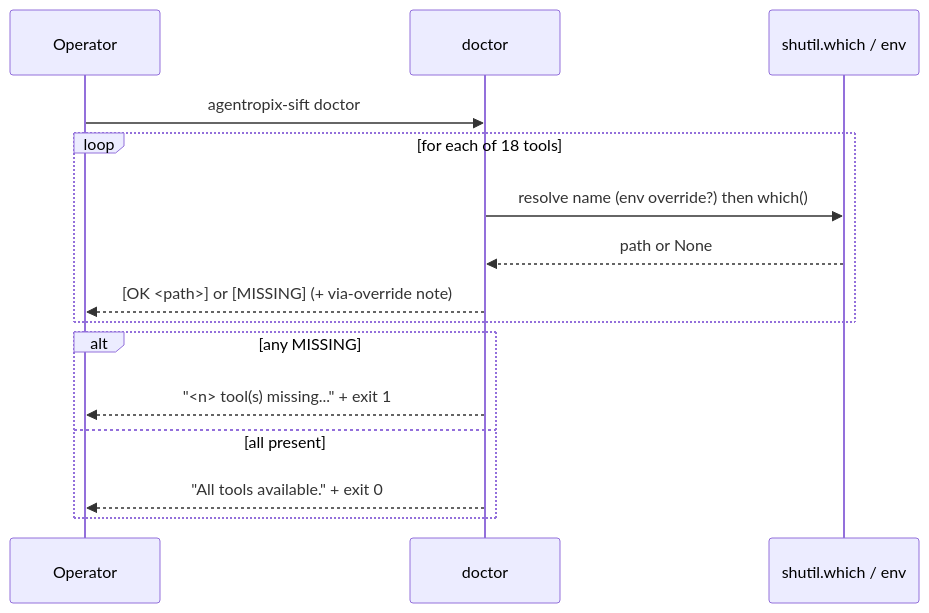
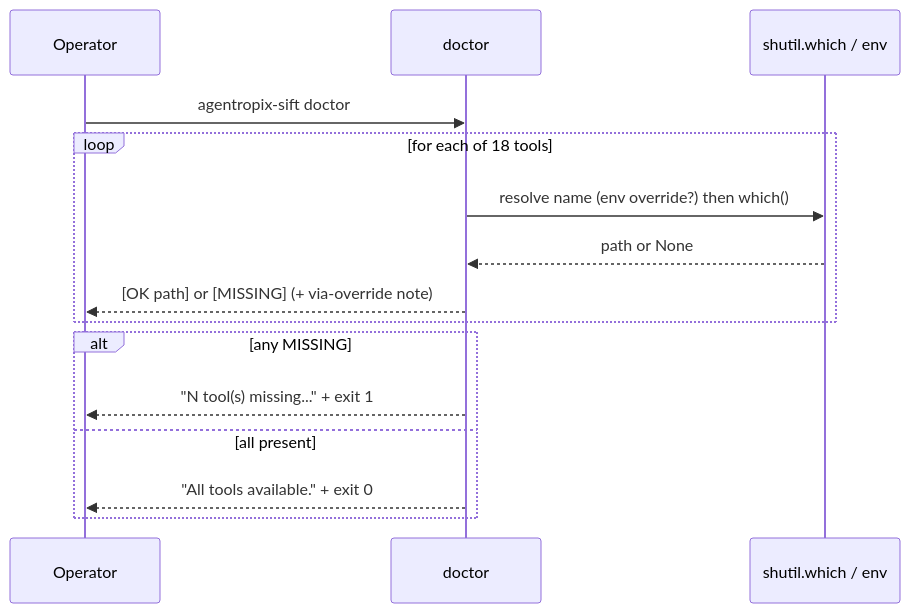
Before and after one commit to galvangabriel-web/agentropix-mcp: the second of 2 diagrams in docs/08-reference/cli-reference.md, drawn with Mermaid. The commit also changed other lines of this file and 103 other files, not shown here.

````diff
--- a/docs/08-reference/cli-reference.md
+++ b/docs/08-reference/cli-reference.md
@@ -349,17 +351,17 @@
 ```mermaid
 sequenceDiagram
   participant Op as Operator
   participant D as doctor
   participant FS as shutil.which / env
   Op->>D: agentropix-sift doctor
   loop for each of 18 tools
     D->>FS: resolve name (env override?) then which()
     FS-->>D: path or None
-    D-->>Op: [OK <path>] or [MISSING] (+ via-override note)
+    D-->>Op: [OK path] or [MISSING] (+ via-override note)
   end
   alt any MISSING
-    D-->>Op: "<n> tool(s) missing..." + exit 1
+    D-->>Op: "N tool(s) missing..." + exit 1
   else all present
     D-->>Op: "All tools available." + exit 0
   end
 ```
````
